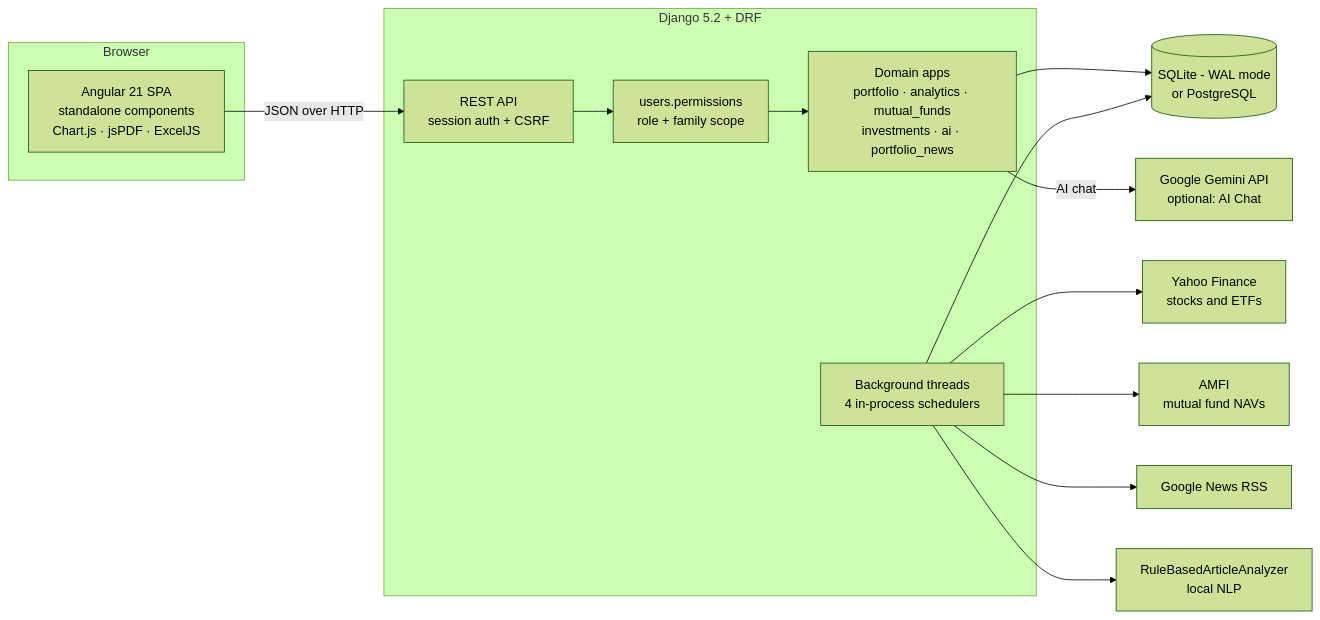
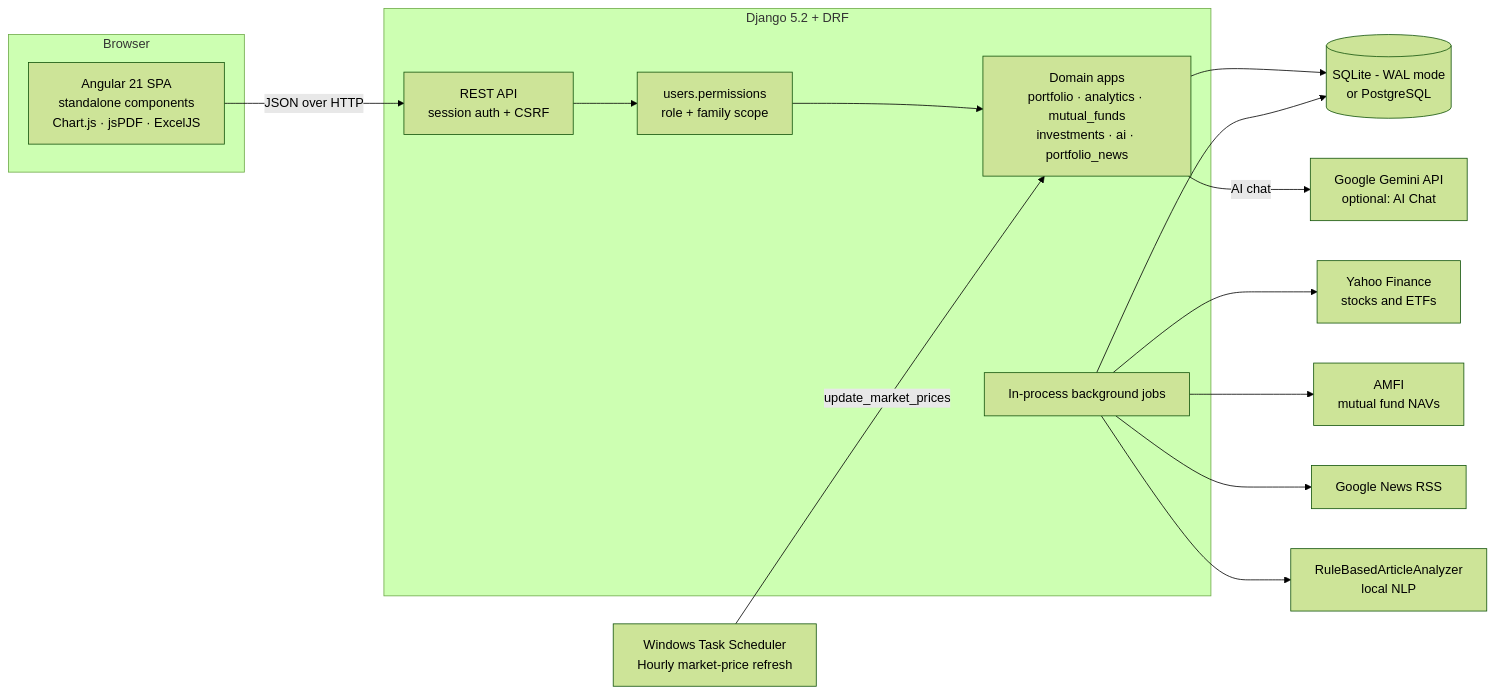
The first of 7 diagrams in README.md (avviiiral/Personal_Wealth_Monitoring_System), drawn with Mermaid (forest theme) before and after one commit. The commit also changed other lines of this file, not shown here.

Commit message:
Document automatic market price scheduler

````diff
--- a/README.md
+++ b/README.md
@@ -748,29 +748,32 @@
 ```mermaid
 flowchart LR
     subgraph Client["Browser"]
         UI["Angular 21 SPA<br/>standalone components<br/>Chart.js · jsPDF · ExcelJS"]
     end
 
     subgraph Server["Django 5.2 + DRF"]
         API["REST API<br/>session auth + CSRF"]
         RBAC["users.permissions<br/>role + family scope"]
         APPS["Domain apps<br/>portfolio · analytics · mutual_funds<br/>investments · ai · portfolio_news"]
-        SCH["Background threads<br/>4 in-process schedulers"]
+        SCH["In-process background jobs"]
     end
+
+    WTS["Windows Task Scheduler<br/>Hourly market-price refresh"]
 
     DB[("SQLite - WAL mode<br/>or PostgreSQL")]
     YF["Yahoo Finance<br/>stocks and ETFs"]
     AMFI["AMFI<br/>mutual fund NAVs"]
     GN["Google News RSS"]
     GEM["Google Gemini API<br/>optional: AI Chat"]
     NLG["RuleBasedArticleAnalyzer<br/>local NLP"]
 
     UI -->|"JSON over HTTP"| API
     API --> RBAC --> APPS --> DB
     SCH --> DB
     SCH --> YF
     SCH --> AMFI
     SCH --> GN
     SCH --> NLG
+    WTS -->|"update_market_prices"| APPS
     APPS -->|"AI chat"| GEM
 ```
````
